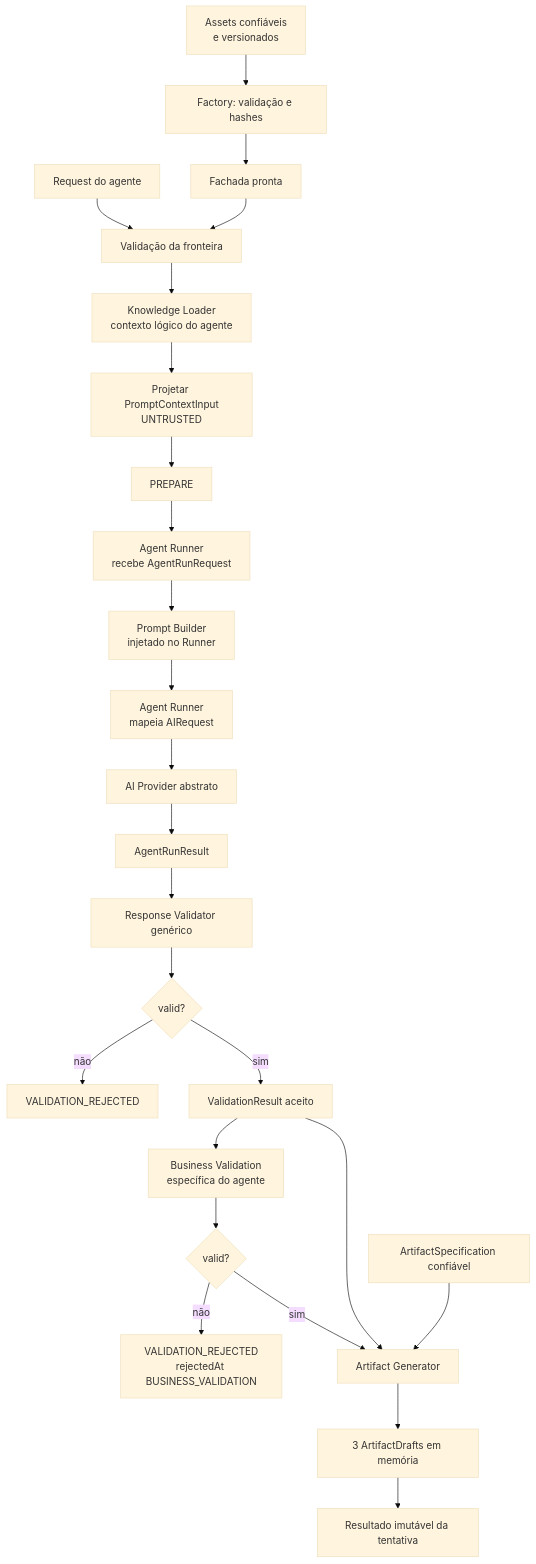
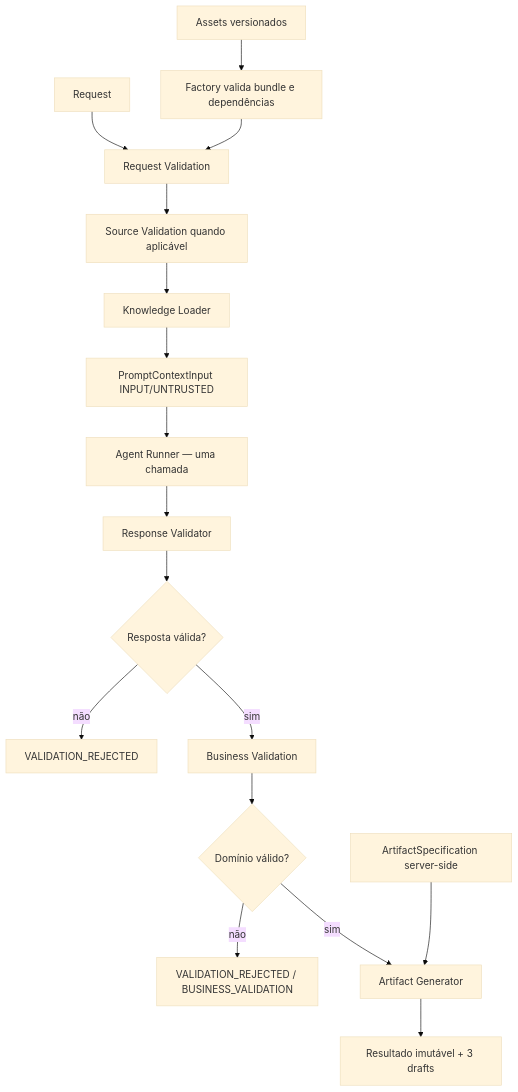
One commit to felipet66/brq-ai-factory changed the second of 5 diagrams in knowledge/33-PIPELINE_OVERVIEW.md. Above: the diagram before and after it, drawn with Mermaid (base theme). The commit also changed other lines of this file and 68 other files, not shown here.

````diff
--- a/knowledge/33-PIPELINE_OVERVIEW.md
+++ b/knowledge/33-PIPELINE_OVERVIEW.md
@@ -39,27 +31,19 @@
 ```mermaid
 flowchart TD
-    ASSETS["Assets confiáveis<br/>e versionados"] --> ASSET_VALIDATION["Factory: validação e hashes"]
-    ASSET_VALIDATION --> FACADE["Fachada pronta"]
-    REQUEST["Request do agente"] --> REQUEST_VALIDATION["Validação da fronteira"]
-    FACADE --> REQUEST_VALIDATION
-    REQUEST_VALIDATION --> KNOWLEDGE["Knowledge Loader<br/>contexto lógico do agente"]
-    KNOWLEDGE --> CONTEXT["Projetar PromptContextInput<br/>UNTRUSTED"]
-    CONTEXT --> PREPARE
-    PREPARE --> RUNNER_IN["Agent Runner<br/>recebe AgentRunRequest"]
-    RUNNER_IN --> PROMPT_BUILDER["Prompt Builder<br/>injetado no Runner"]
-    PROMPT_BUILDER --> RUNNER_CALL["Agent Runner<br/>mapeia AIRequest"]
-    RUNNER_CALL --> PROVIDER["AI Provider abstrato"]
-    PROVIDER --> RUNRESULT["AgentRunResult"]
-    RUNRESULT --> VALIDATOR["Response Validator genérico"]
-    VALIDATOR --> DECISION{"valid?"}
-    DECISION -->|"não"| REJECTED["VALIDATION_REJECTED"]
-    DECISION -->|"sim"| ACCEPTED["ValidationResult aceito"]
-    ACCEPTED --> BUSINESS["Business Validation<br/>específica do agente"]
-    BUSINESS --> BUSINESS_DECISION{"valid?"}
-    BUSINESS_DECISION -->|"não"| BUSINESS_REJECTED["VALIDATION_REJECTED<br/>rejectedAt BUSINESS_VALIDATION"]
-    BUSINESS_DECISION -->|"sim"| GENERATOR["Artifact Generator"]
-    ACCEPTED --> GENERATOR
-    ARTIFACT_SPEC["ArtifactSpecification confiável"] --> GENERATOR
-    GENERATOR --> DRAFTS["3 ArtifactDrafts em memória"]
-    DRAFTS --> RESULT["Resultado imutável da tentativa"]
+    ASSETS["Assets versionados"] --> FACTORY["Factory valida bundle e dependências"]
+    REQUEST["Request"] --> REQUEST_VALIDATION["Request Validation"]
+    FACTORY --> REQUEST_VALIDATION
+    REQUEST_VALIDATION --> SOURCE["Source Validation quando aplicável"]
+    SOURCE --> KNOWLEDGE["Knowledge Loader"]
+    KNOWLEDGE --> CONTEXT["PromptContextInput INPUT/UNTRUSTED"]
+    CONTEXT --> RUNNER["Agent Runner — uma chamada"]
+    RUNNER --> VALIDATOR["Response Validator"]
+    VALIDATOR --> RESPONSE_GATE{"Resposta válida?"}
+    RESPONSE_GATE -- "não" --> REJECTED["VALIDATION_REJECTED"]
+    RESPONSE_GATE -- "sim" --> BUSINESS["Business Validation"]
+    BUSINESS --> BUSINESS_GATE{"Domínio válido?"}
+    BUSINESS_GATE -- "não" --> BUSINESS_REJECTED["VALIDATION_REJECTED / BUSINESS_VALIDATION"]
+    BUSINESS_GATE -- "sim" --> GENERATOR["Artifact Generator"]
+    SPEC["ArtifactSpecification server-side"] --> GENERATOR
+    GENERATOR --> RESULT["Resultado imutável + 3 drafts"]
 ```
````
